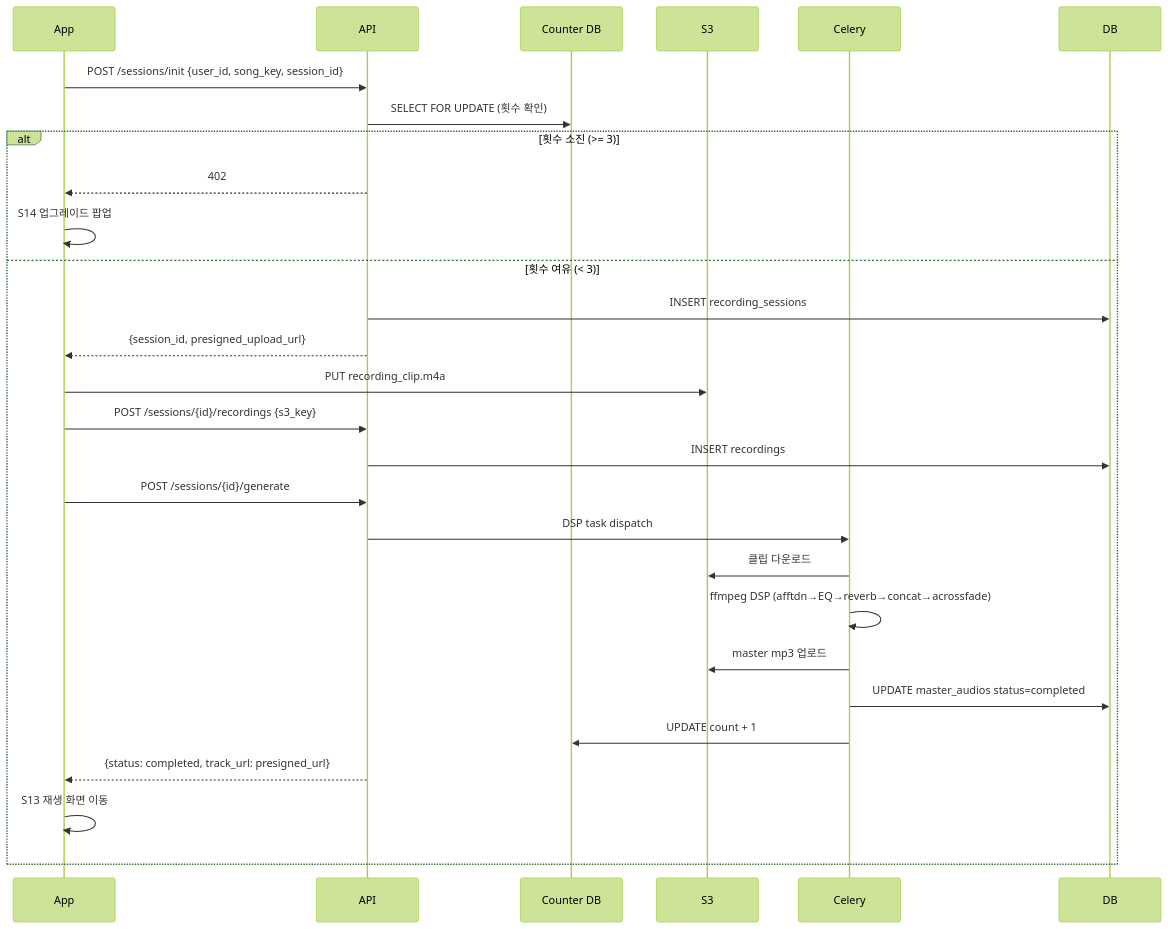
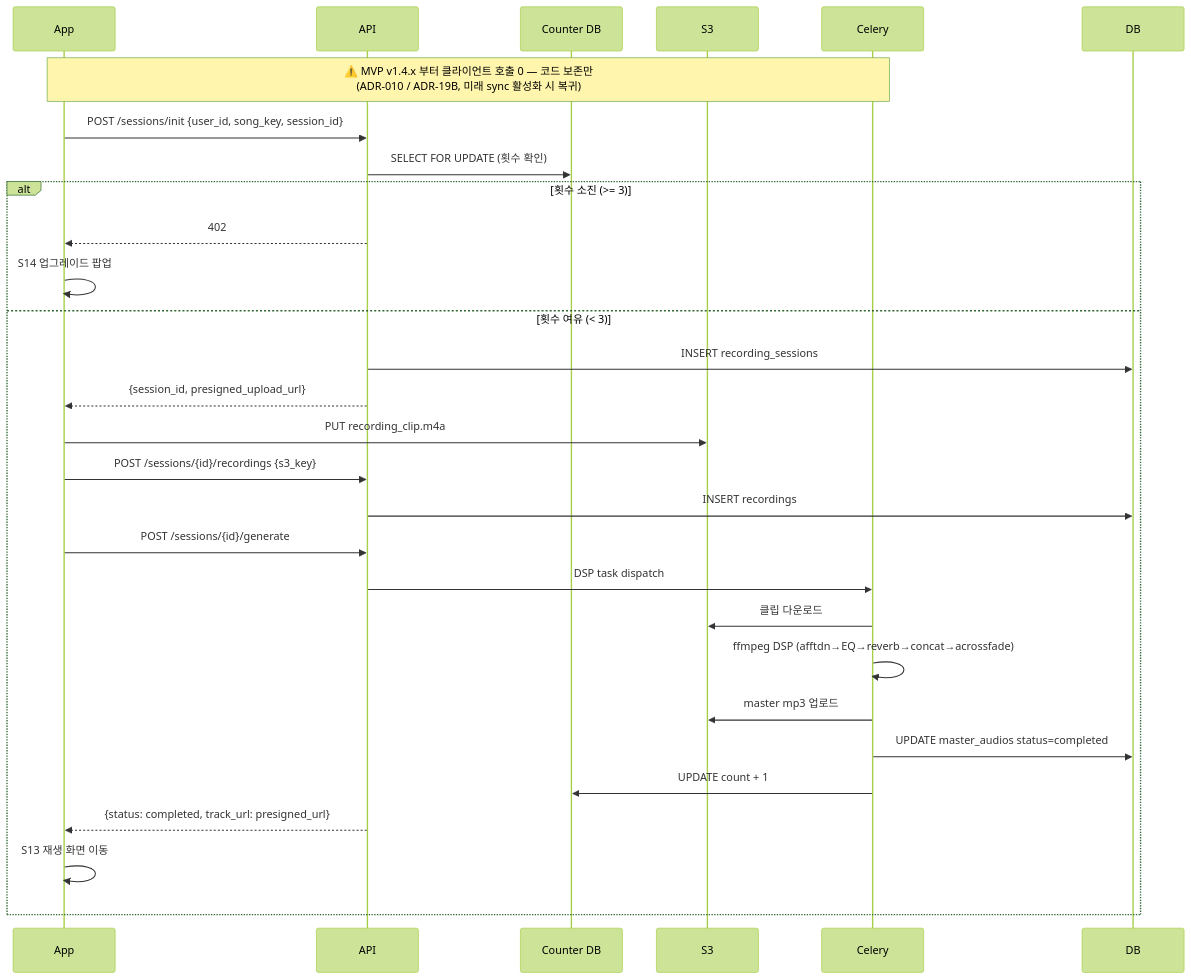
One commit to alruminum/jajang changed the fourth of 6 diagrams in docs/ARCHITECTURE.md. Above: the diagram before and after it, drawn with Mermaid (forest theme). The commit also changed other lines of this file and 3 other files, not shown here.

````diff
--- a/docs/ARCHITECTURE.md
+++ b/docs/ARCHITECTURE.md
@@ -155,30 +183,32 @@
 ```mermaid
 sequenceDiagram
     participant App
     participant API
     participant Counter DB
     participant S3
     participant Celery
+
+    Note over App,Celery: ⚠️ MVP v1.4.x 부터 클라이언트 호출 0 — 코드 보존만<br/>(ADR-010 / ADR-19B, 미래 sync 활성화 시 복귀)
 
     App->>API: POST /sessions/init {user_id, song_key, session_id}
     API->>Counter DB: SELECT FOR UPDATE (횟수 확인)
     alt 횟수 소진 (>= 3)
         API-->>App: 402
         App->>App: S14 업그레이드 팝업
     else 횟수 여유 (< 3)
         API->>DB: INSERT recording_sessions
         API-->>App: {session_id, presigned_upload_url}
         App->>S3: PUT recording_clip.m4a
         App->>API: POST /sessions/{id}/recordings {s3_key}
         API->>DB: INSERT recordings
         App->>API: POST /sessions/{id}/generate
         API->>Celery: DSP task dispatch
         Celery->>S3: 클립 다운로드
         Celery->>Celery: ffmpeg DSP (afftdn→EQ→reverb→concat→acrossfade)
         Celery->>S3: master mp3 업로드
         Celery->>DB: UPDATE master_audios status=completed
         Celery->>Counter DB: UPDATE count + 1
         API-->>App: {status: completed, track_url: presigned_url}
         App->>App: S13 재생 화면 이동
     end
 ```
````
